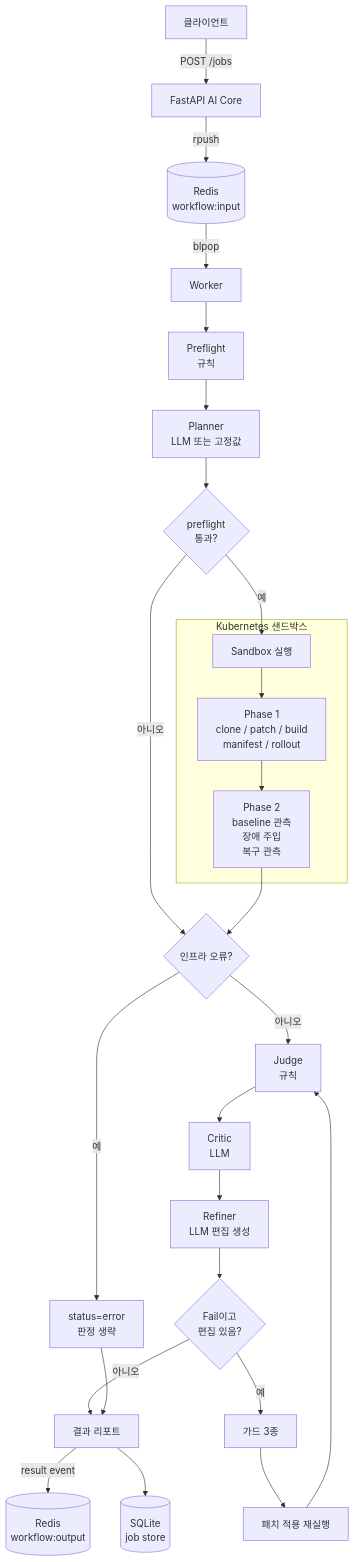
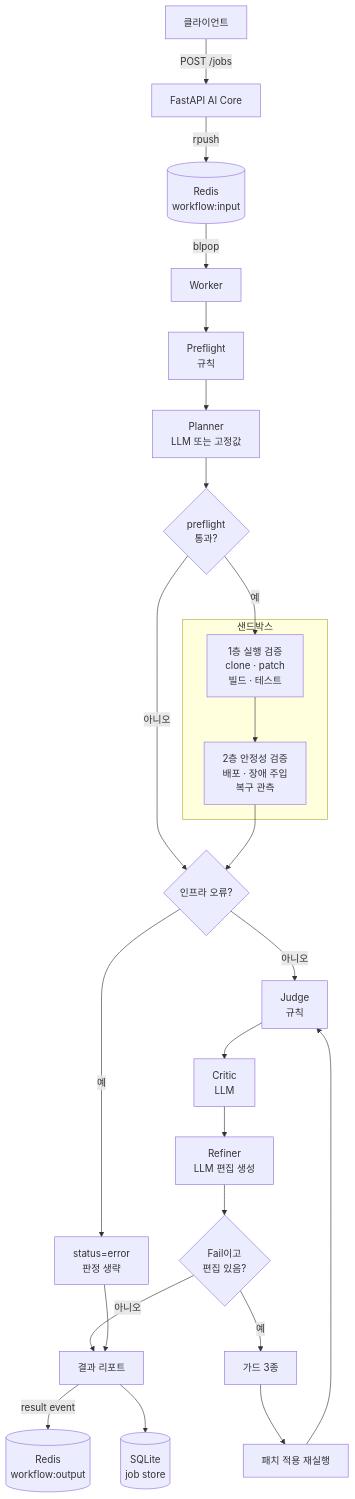
The diagram in docs/architecture.md (CodeReferee-Team/codereferee-AI), drawn with Mermaid before and after one commit. The commit also changed other lines of this file, not shown here.

````diff
--- a/docs/architecture.md
+++ b/docs/architecture.md
@@ -43,33 +60,33 @@
 ```mermaid
 flowchart TD
     Client[클라이언트] -->|"POST /jobs"| API[FastAPI AI Core]
     API -->|rpush| QIN[("Redis<br/>workflow:input")]
     QIN -->|blpop| W[Worker]
 
     W --> PF[Preflight<br/>규칙]
     PF --> PL[Planner<br/>LLM 또는 고정값]
     PL --> PASS{preflight<br/>통과?}
 
     PASS -->|아니오| GATE
-    PASS -->|예| SB[Sandbox 실행]
+    PASS -->|예| EX
 
-    subgraph SBX[Kubernetes 샌드박스]
-        SB --> P1["Phase 1<br/>clone / patch / build<br/>manifest / rollout"]
-        P1 --> P2["Phase 2<br/>baseline 관측<br/>장애 주입<br/>복구 관측"]
+    subgraph SBX["샌드박스"]
+        EX["1층 실행 검증<br/>clone · patch<br/>빌드 · 테스트"]
+        EX --> RS["2층 안정성 검증<br/>배포 · 장애 주입<br/>복구 관측"]
     end
 
-    P2 --> GATE{인프라 오류?}
+    RS --> GATE{인프라 오류?}
     GATE -->|예| ERR["status=error<br/>판정 생략"]
     GATE -->|아니오| J[Judge<br/>규칙]
 
     J --> C[Critic<br/>LLM]
     C --> R[Refiner<br/>LLM 편집 생성]
     R --> LOOP{Fail이고<br/>편집 있음?}
     LOOP -->|예| GUARD[가드 3종]
     GUARD --> RERUN[패치 적용 재실행]
     RERUN --> J
     LOOP -->|아니오| OUT[결과 리포트]
     ERR --> OUT
     OUT -->|"result event"| QOUT[("Redis<br/>workflow:output")]
     OUT --> DB[("SQLite<br/>job store")]
 ```
````
